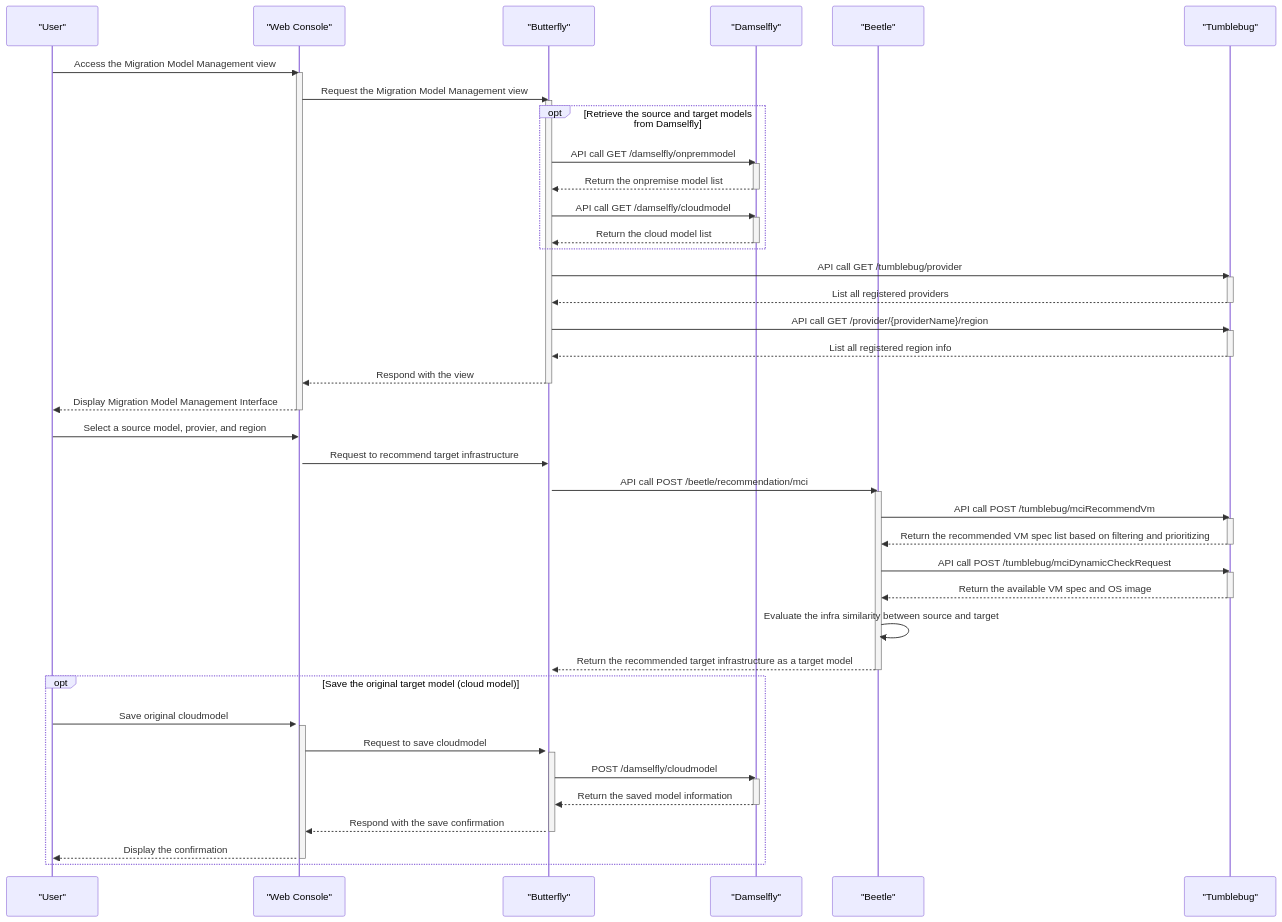
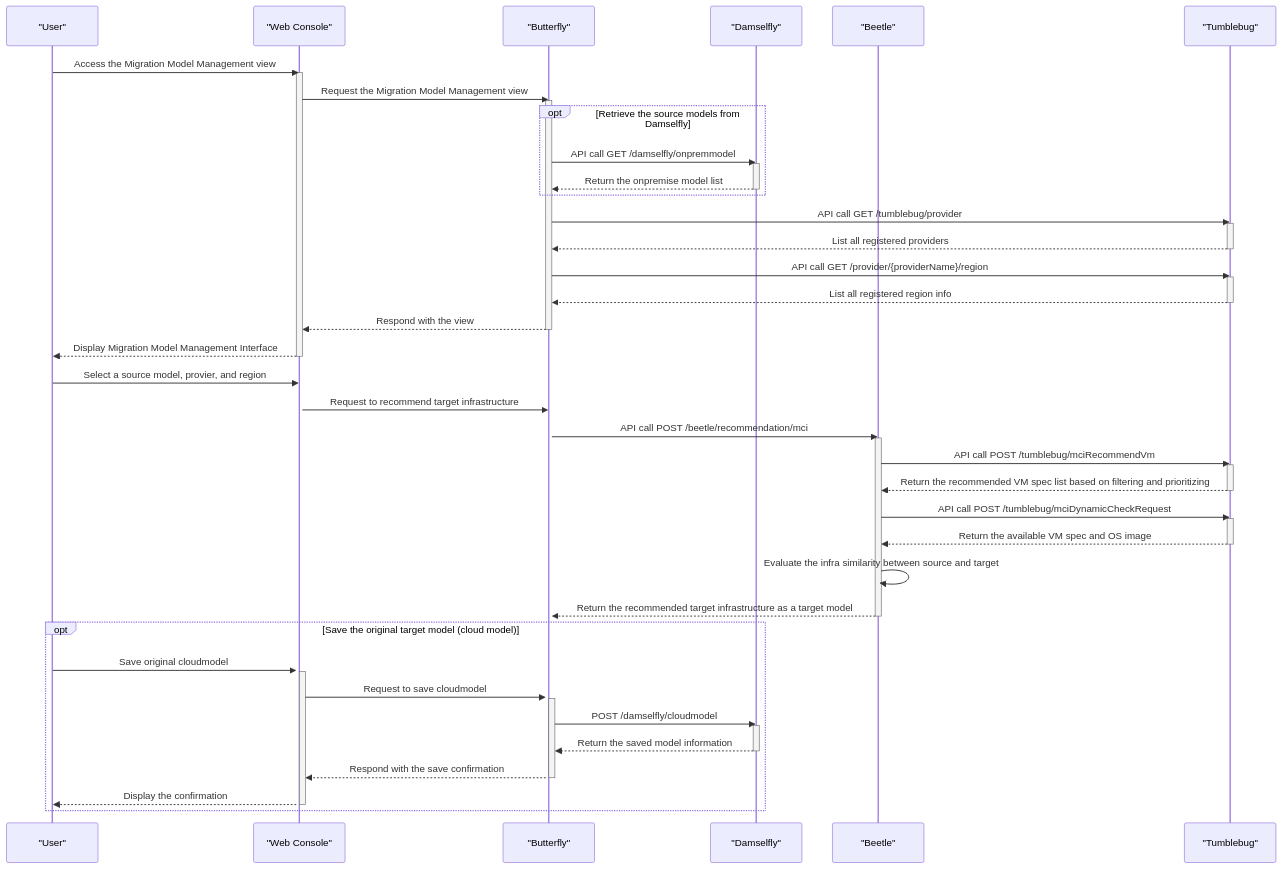
Before and after one commit to cloud-barista/cloud-migrator: the seventh of 12 diagrams in docs/sequence-diagrams-for-user-scenarios.md, drawn with Mermaid. The commit also changed other lines of this file, not shown here.

````diff
--- a/docs/sequence-diagrams-for-user-scenarios.md
+++ b/docs/sequence-diagrams-for-user-scenarios.md
@@ -327,76 +319,72 @@
 ```mermaid
 sequenceDiagram
     participant User as "User"
     participant Browser as "Web Console"
     participant Butterfly as "Butterfly"
     participant Damselfly as "Damselfly"
     participant Beetle as "Beetle"
     participant Tumblebug as "Tumblebug"
-	
+
 	%% Step 0: User accesses Migration Model Management View
     User->>Browser: Access the Migration Model Management view
     activate Browser
     Browser->>Butterfly: Request the Migration Model Management view
-    activate Butterfly  
-    opt Retrieve the source and target models from Damselfly
+    activate Butterfly
+    opt Retrieve the source models from Damselfly
         Butterfly->>Damselfly: API call GET /damselfly/onpremmodel
         activate Damselfly
         Damselfly-->>Butterfly: Return the onpremise model list
-        deactivate Damselfly
-        Butterfly->>Damselfly: API call GET /damselfly/cloudmodel
-        activate Damselfly
-        Damselfly-->>Butterfly: Return the cloud model list
         deactivate Damselfly
     end
 
 	%% Retrieve the registered providers and regions
 	Butterfly->>Tumblebug: API call GET /tumblebug/provider
 	activate Tumblebug
 	Tumblebug-->>Butterfly: List all registered providers
 	deactivate Tumblebug
 	Butterfly->>Tumblebug: API call GET /provider/{providerName}/region
 	activate Tumblebug
 	Tumblebug-->>Butterfly: List all registered region info
 	deactivate Tumblebug
     Butterfly-->>Browser: Respond with the view
     deactivate Butterfly
     Browser-->>User: Display Migration Model Management Interface
     deactivate Browser
 
     %% Recommend target cloud infrastructure
     User->>Browser: Select a source model, provier, and region
-    activate Browser    
+    activate Browser
     Browser->>Butterfly: Request to recommend target infrastructure
     activate Butterfly
     Butterfly->>Beetle: API call POST /beetle/recommendation/mci
-    activate Beetle     
+    activate Beetle
     Beetle->>Tumblebug: API call POST /tumblebug/mciRecommendVm
     activate Tumblebug
     Tumblebug-->>Beetle: Return the recommended VM spec list based on filtering and prioritizing
     deactivate Tumblebug
     Beetle->>Tumblebug: API call POST /tumblebug/mciDynamicCheckRequest
     activate Tumblebug
     Tumblebug-->>Beetle: Return the available VM spec and OS image
     deactivate Tumblebug
     Beetle->>Beetle: Evaluate the infra similarity between source and target
     Beetle-->>Butterfly: Return the recommended target infrastructure as a target model
     deactivate Beetle
-     
+
     %% Optional Step: Save the original target model (cloud model)
     opt Save the original target model (cloud model)
         User->>Browser: Save original cloudmodel
         activate Browser
         Browser->>Butterfly: Request to save cloudmodel
         activate Butterfly
         Butterfly->>Damselfly: POST /damselfly/cloudmodel
         activate Damselfly
         Damselfly-->>Butterfly: Return the saved model information
         deactivate Damselfly
         Butterfly-->>Browser: Respond with the save confirmation
         deactivate Butterfly
         Browser-->>User: Display the confirmation
         deactivate Browser
     end
 
 
 ```
````
